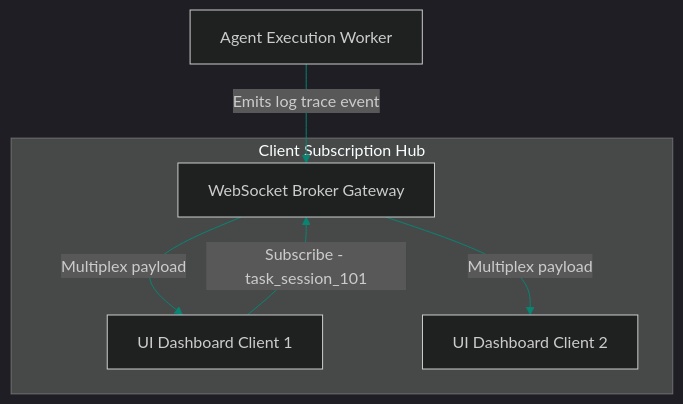
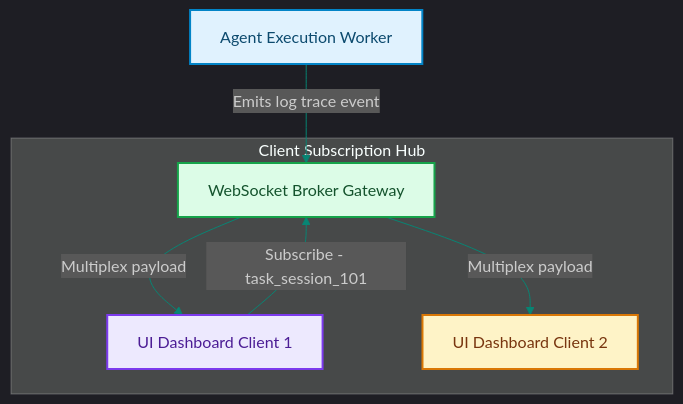
Before and after one commit to akmalkhaniub/akmalkhaniub.github.io: the diagram in blog/posts/event-driven-websocket-broker-realtime-telemetry.md, drawn with Mermaid. The commit also changed other lines of this file and 1291 other files, not shown here.

First line of the commit message:
feat(catalog): unique covers, scholarly references, and diagram palettes

````diff
--- a/blog/posts/event-driven-websocket-broker-realtime-telemetry.md
+++ b/blog/posts/event-driven-websocket-broker-realtime-telemetry.md
@@ -16,12 +16,22 @@
 ```mermaid
 %%{init: {'theme': 'dark', 'themeVariables': { 'primaryColor': '#088574', 'primaryTextColor': '#f3f4f6', 'primaryBorderColor': '#0db49b', 'lineColor': '#088574', 'secondaryColor': '#111827', 'tertiaryColor': '#0b0f19'}}}%%
 flowchart TD
-    Agent[Agent Execution Worker] -->|Emits log trace event| Gateway[WebSocket Broker Gateway]
+    Agent["Agent Execution Worker"] -->|Emits log trace event| Gateway["WebSocket Broker Gateway"]
     
     subgraph SG1_ClientSubscriptionHub ["Client Subscription Hub"]
-        Gateway -->|Multiplex payload| Client1[UI Dashboard Client 1]
-        Gateway -->|Multiplex payload| Client2[UI Dashboard Client 2]
+        Gateway -->|Multiplex payload| Client1["UI Dashboard Client 1"]
+        Gateway -->|Multiplex payload| Client2["UI Dashboard Client 2"]
     end
     
     Client1 -->|Subscribe - task_session_101| Gateway
+
+classDef green fill:#dcfce7,stroke:#16a34a,stroke-width:2px,color:#14532d;
+classDef red fill:#fee2e2,stroke:#dc2626,stroke-width:2px,color:#7f1d1d;
+classDef blue fill:#e0f2fe,stroke:#0284c7,stroke-width:2px,color:#0c4a6e;
+classDef yellow fill:#fef3c7,stroke:#d97706,stroke-width:2px,color:#78350f;
+classDef purple fill:#ede9fe,stroke:#7c3aed,stroke-width:2px,color:#4c1d95;
+class Agent blue
+class Gateway green
+class Client1 purple
+class Client2 yellow
 ```
````
